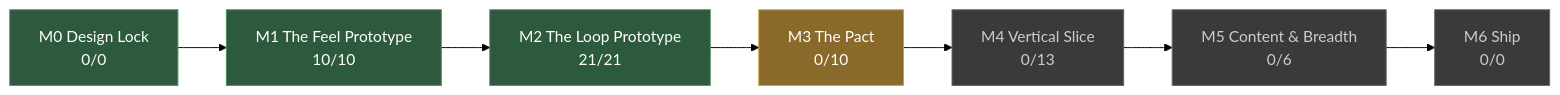
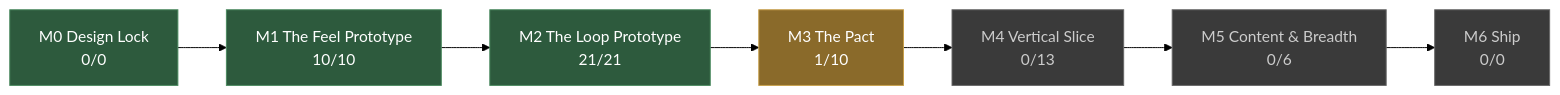
The diagram in docs/STATUS.md (JoshuaGessner/she), drawn with Mermaid (forest theme) before and after one commit. The commit also changed other lines of this file and 11 other files, not shown here.

````diff
--- a/docs/STATUS.md
+++ b/docs/STATUS.md
@@ -13,19 +13,19 @@
 ```mermaid
 flowchart LR
   M0["M0 Design Lock<br/>0/0"]:::passed
   M1["M1 The Feel Prototype<br/>10/10"]:::passed
   M0 --> M1
   M2["M2 The Loop Prototype<br/>21/21"]:::passed
   M1 --> M2
-  M3["M3 The Pact<br/>0/10"]:::current
+  M3["M3 The Pact<br/>1/10"]:::current
   M2 --> M3
   M4["M4 Vertical Slice<br/>0/13"]:::ahead
   M3 --> M4
   M5["M5 Content & Breadth<br/>0/6"]:::ahead
   M4 --> M5
   M6["M6 Ship<br/>0/0"]:::ahead
   M5 --> M6
   classDef passed fill:#2d5a3d,stroke:#4a8a5f,color:#fff
   classDef current fill:#8a6a2a,stroke:#c8a04a,color:#fff
   classDef ahead fill:#3a3a3a,stroke:#666,color:#ccc
 ```
````
